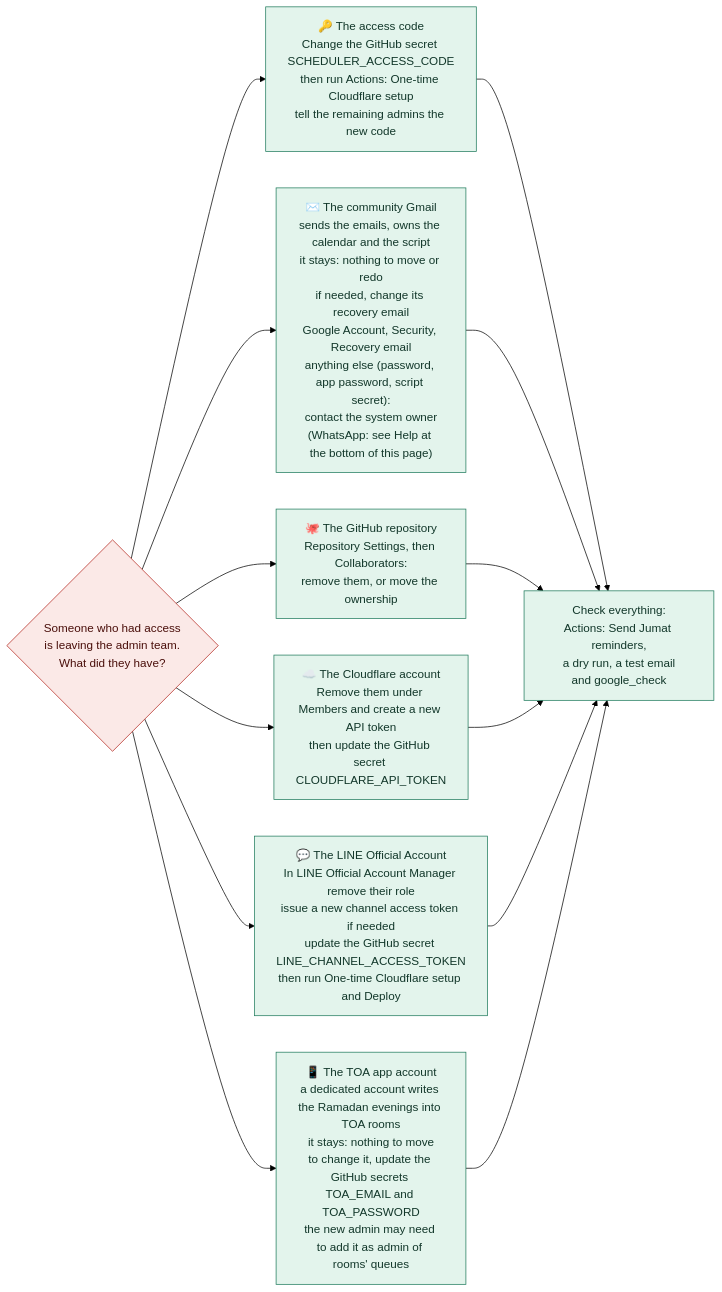
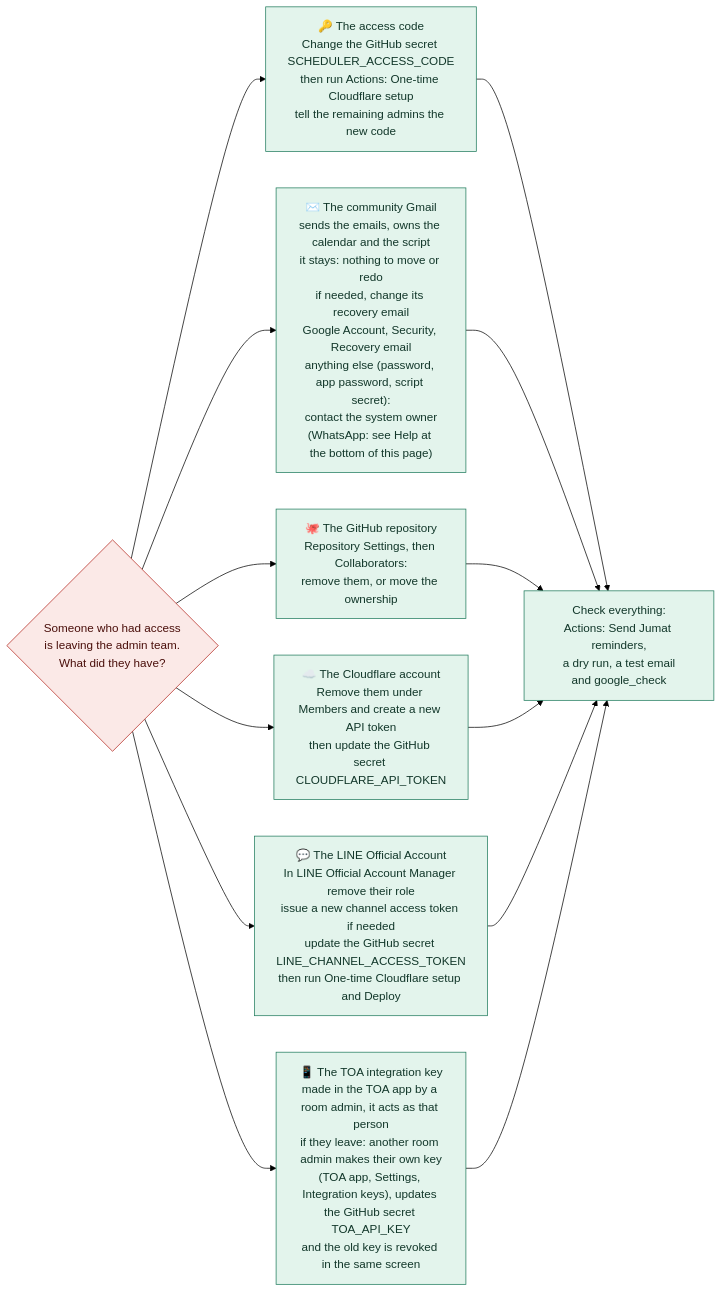
Diagram 12 of 14 in docs/GUIDE.md (mushaffarasyidridha/Jumat-Scheduler-NAIST), drawn with Mermaid (forest theme) before and after one commit. The commit also changed other lines of this file and 14 other files, not shown here.

First line of the commit message:
TOA: use TOA's own scheduler API with an integration key

````diff
--- a/docs/GUIDE.md
+++ b/docs/GUIDE.md
@@ -495,22 +494,22 @@
 ```mermaid
 flowchart LR
   B{"Someone who had access<br/>is leaving the admin team.<br/>What did they have?"}
   B --> D1["🔑 The access code<br/>Change the GitHub secret SCHEDULER_ACCESS_CODE<br/>then run Actions: One-time Cloudflare setup<br/>tell the remaining admins the new code"]
   B --> D2["✉️ The community Gmail<br/>sends the emails, owns the calendar and the script<br/>it stays: nothing to move or redo<br/>if needed, change its recovery email<br/>Google Account, Security, Recovery email<br/>anything else (password, app password, script secret):<br/>contact the system owner<br/>(WhatsApp: see Help at the bottom of this page)"]
   B --> D3["🐙 The GitHub repository<br/>Repository Settings, then Collaborators:<br/>remove them, or move the ownership"]
   B --> D4["☁️ The Cloudflare account<br/>Remove them under Members and create a new API token<br/>then update the GitHub secret CLOUDFLARE_API_TOKEN"]
   B --> D5["💬 The LINE Official Account<br/>In LINE Official Account Manager remove their role<br/>issue a new channel access token if needed<br/>update the GitHub secret LINE_CHANNEL_ACCESS_TOKEN<br/>then run One-time Cloudflare setup and Deploy"]
 
-  B --> D6["📱 The TOA app account<br/>a dedicated account writes the Ramadan evenings into TOA rooms<br/>it stays: nothing to move<br/>to change it, update the GitHub secrets TOA_EMAIL and TOA_PASSWORD<br/>the new admin may need to add it as admin of rooms' queues"]
+  B --> D6["📱 The TOA integration key<br/>made in the TOA app by a room admin, it acts as that person<br/>if they leave: another room admin makes their own key<br/>(TOA app, Settings, Integration keys), updates the GitHub secret TOA_API_KEY<br/>and the old key is revoked in the same screen"]
   D1 --> E["Check everything:<br/>Actions: Send Jumat reminders,<br/>a dry run, a test email<br/>and google_check"]
   D2 --> E
   D3 --> E
   D4 --> E
   D5 --> E
   D6 --> E
 
   classDef admin fill:#e3f4ec,stroke:#1f7a5c,color:#12372a
   classDef warn fill:#fbe9e7,stroke:#b3261e,color:#4a0f0b
   class B warn
   class D1,D2,D3,D4,D5,D6,E admin
 ```
````
